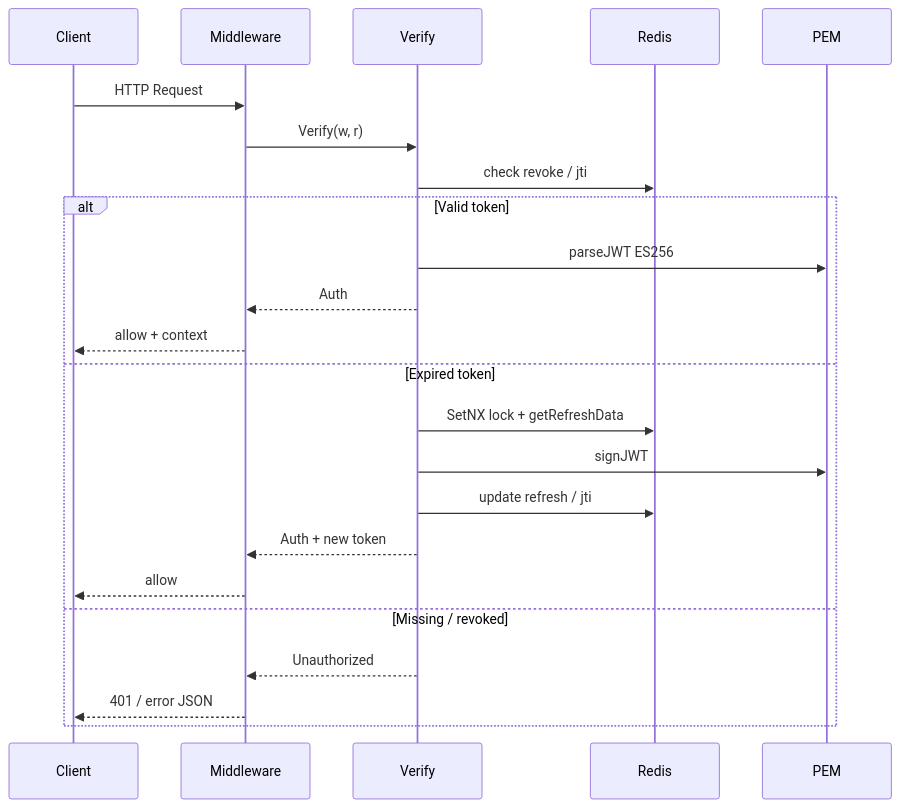
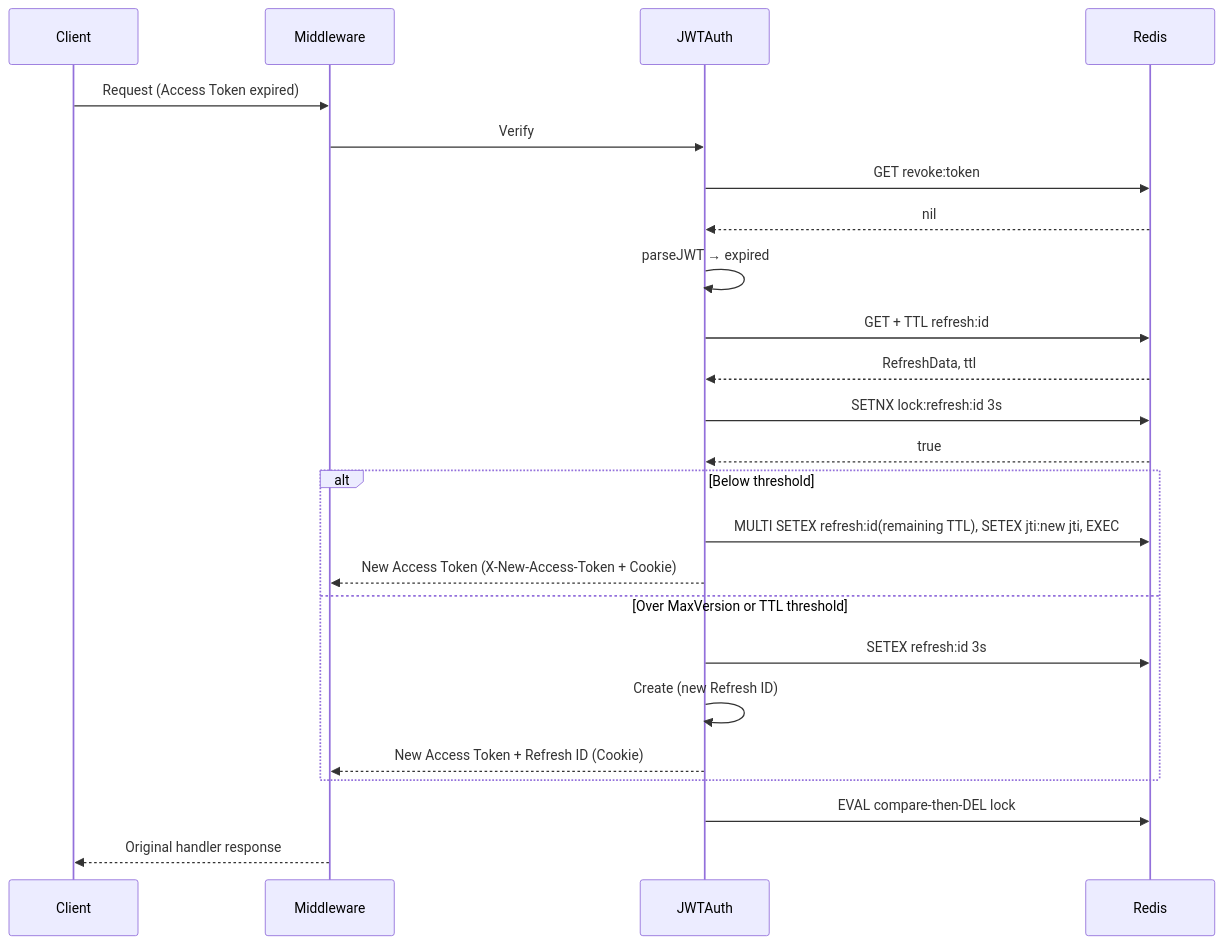
Before and after one commit to pardnchiu/go-jwt: diagram 11 of 13 in doc/architecture.md, drawn with Mermaid. The commit also changed other lines of this file and 6 other files, not shown here.

Commit message:
doc: Regenerate bilingual README, technical docs, and architecture diagrams

````diff
--- a/doc/architecture.md
+++ b/doc/architecture.md
@@ -81,25 +301,26 @@
 ```mermaid
 sequenceDiagram
     participant C as Client
     participant M as Middleware
-    participant V as Verify
+    participant J as JWTAuth
     participant R as Redis
-    participant P as PEM
-    C->>M: HTTP Request
-    M->>V: Verify(w, r)
-    V->>R: check revoke / jti
-    alt Valid token
-        V->>P: parseJWT ES256
-        V-->>M: Auth
-        M-->>C: allow + context
-    else Expired token
-        V->>R: SetNX lock + getRefreshData
-        V->>P: signJWT
-        V->>R: update refresh / jti
-        V-->>M: Auth + new token
-        M-->>C: allow
-    else Missing / revoked
-        V-->>M: Unauthorized
-        M-->>C: 401 / error JSON
+    C->>M: Request (Access Token expired)
+    M->>J: Verify
+    J->>R: GET revoke:token
+    R-->>J: nil
+    J->>J: parseJWT → expired
+    J->>R: GET + TTL refresh:id
+    R-->>J: RefreshData, ttl
+    J->>R: SETNX lock:refresh:id 3s
+    R-->>J: true
+    alt Below threshold
+        J->>R: MULTI SETEX refresh:id(remaining TTL), SETEX jti:new jti, EXEC
+        J-->>M: New Access Token (X-New-Access-Token + Cookie)
+    else Over MaxVersion or TTL threshold
+        J->>R: SETEX refresh:id 3s
+        J->>J: Create (new Refresh ID)
+        J-->>M: New Access Token + Refresh ID (Cookie)
     end
+    J->>R: EVAL compare-then-DEL lock
+    M-->>C: Original handler response
 ```
````
